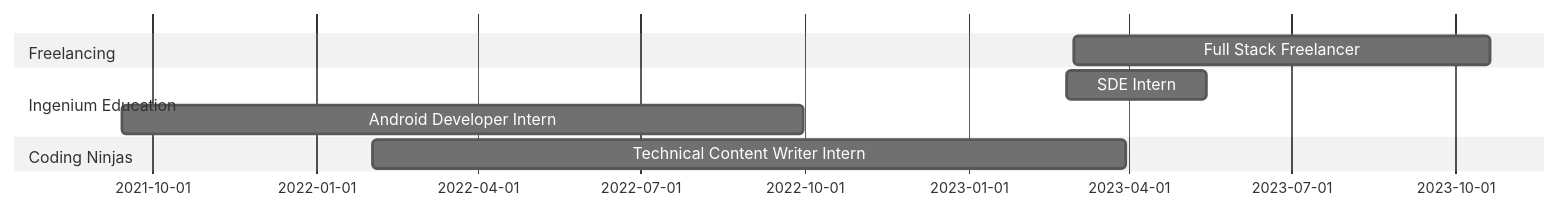
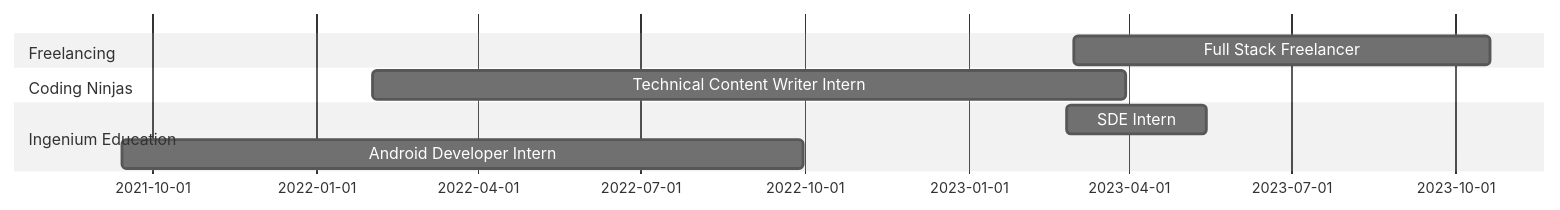
The first of 3 diagrams in README.md (rahulsain/rahulsain), drawn with Mermaid (neutral theme) before and after one commit.

````diff
--- a/README.md
+++ b/README.md
@@ -26,12 +26,12 @@
 ```mermaid
   gantt
     dateFormat  YYYY-MM-DD
     section Freelancing
     Full Stack Freelancer :a1, 2023-03-01, 2023-10-20
+    section Coding Ninjas
+    Technical Content Writer Intern :a2, 2022-02-01, 2023-03-30
     section Ingenium Education
-    SDE Intern :a2, 2023-02-25, 2023-05-14
-    Android Developer Intern :a3, 2021-09-14, 2022-09-30
-    section Coding Ninjas
-    Technical Content Writer Intern :a4, 2022-02-01, 2023-03-30
+    SDE Intern :a3, 2023-02-25, 2023-05-14
+    Android Developer Intern :a4, 2021-09-14, 2022-09-30
 
 ```
````
